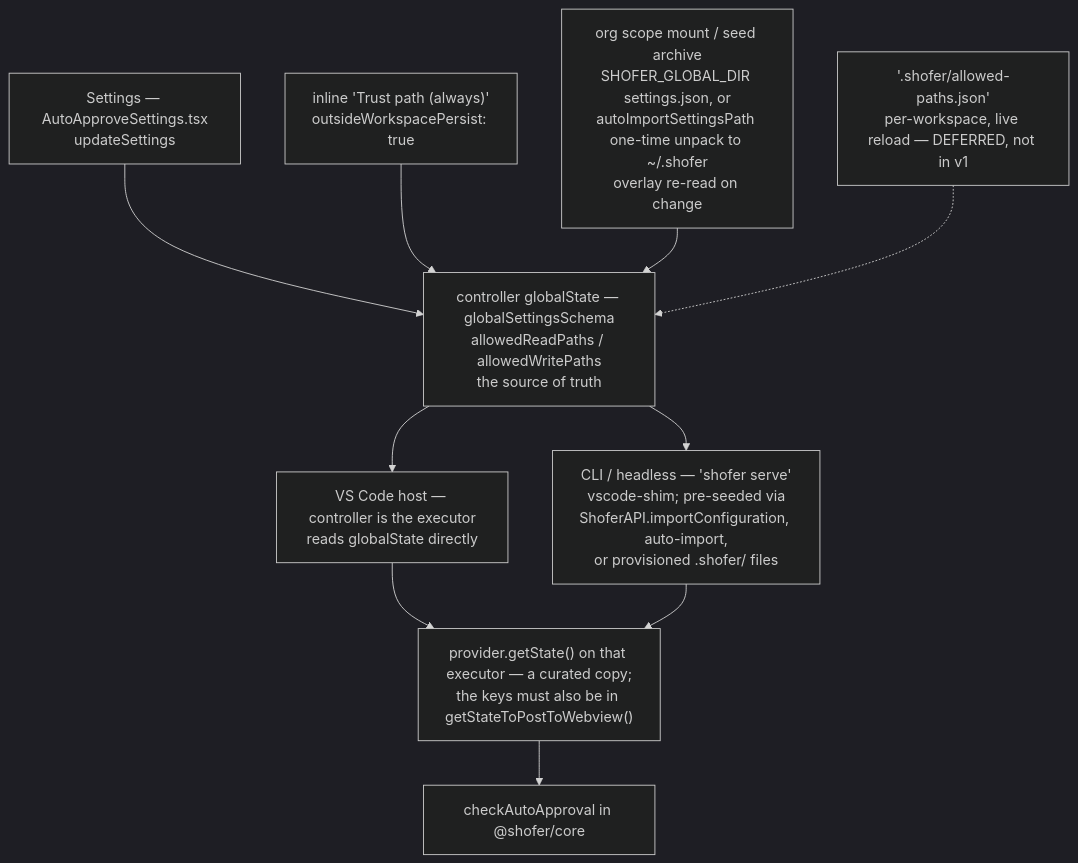
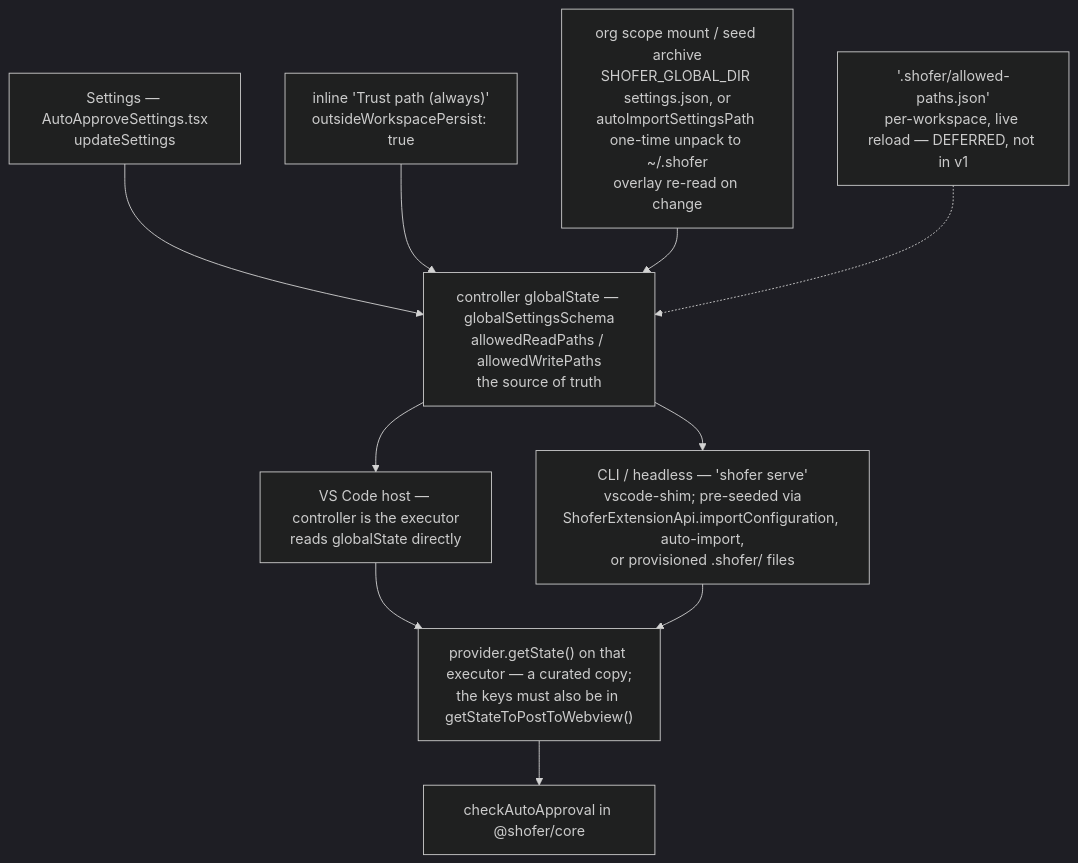
Before and after one commit to shofer-dev/shofer: the fourth of 4 diagrams in docs/outside-workspace-path-allowlist.md, drawn with Mermaid (dark theme). The commit also changed other lines of this file and 64 other files, not shown here.

First line of the commit message:
refactor(api)!: rename AgentApi -> ShoferApi, ShoferAPI -> ShoferExtensionApi

````diff
--- a/docs/outside-workspace-path-allowlist.md
+++ b/docs/outside-workspace-path-allowlist.md
@@ -427,26 +427,26 @@
 ```mermaid
 flowchart TB
     SETUI["Settings — AutoApproveSettings.tsx<br/>updateSettings"]
     INLINE["inline 'Trust path (always)'<br/>outsideWorkspacePersist: true"]
     AUTO["org scope mount / seed archive<br/>SHOFER_GLOBAL_DIR settings.json, or<br/>autoImportSettingsPath one-time unpack to ~/.shofer<br/>overlay re-read on change"]
     PROJ["'.shofer/allowed-paths.json'<br/>per-workspace, live reload — DEFERRED, not in v1"]
 
     STORE["controller globalState — globalSettingsSchema<br/>allowedReadPaths / allowedWritePaths<br/>the source of truth"]
 
     VS["VS Code host — controller is the executor<br/>reads globalState directly"]
-    CLI["CLI / headless — 'shofer serve'<br/>vscode-shim; pre-seeded via<br/>ShoferAPI.importConfiguration, auto-import,<br/>or provisioned .shofer/ files"]
+    CLI["CLI / headless — 'shofer serve'<br/>vscode-shim; pre-seeded via<br/>ShoferExtensionApi.importConfiguration, auto-import,<br/>or provisioned .shofer/ files"]
 
     STATE["provider.getState() on that executor — a curated copy;<br/>the keys must also be in getStateToPostToWebview()"]
     GATE["checkAutoApproval in @shofer/core"]
 
     SETUI --> STORE
     INLINE --> STORE
     AUTO --> STORE
     PROJ -.-> STORE
 
     STORE --> VS
     STORE --> CLI
     VS --> STATE
     CLI --> STATE
     STATE --> GATE
 ```
````
